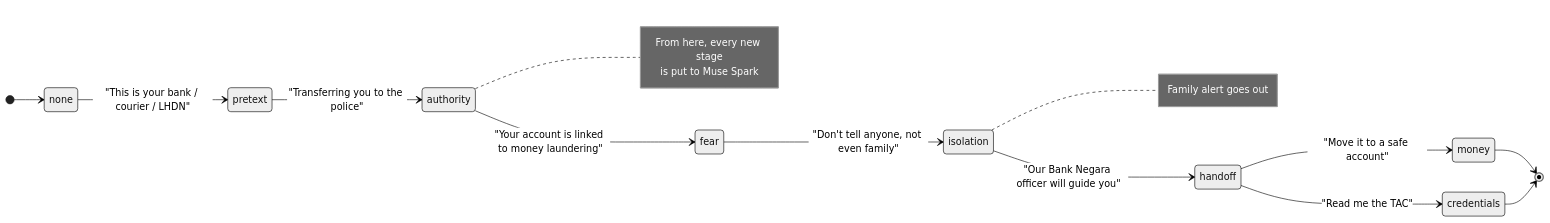
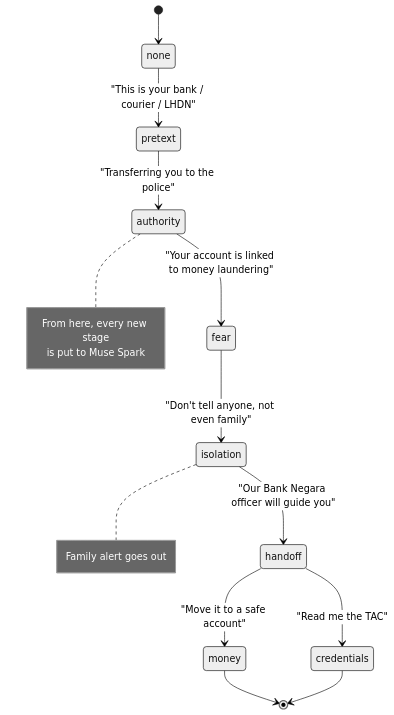
The third of 3 diagrams in README.md (qicai14/jaga), drawn with Mermaid (neutral theme) before and after one commit. The commit also changed other lines of this file, not shown here.

Commit message:
Lay README diagrams out top to bottom so they read at page width

````diff
--- a/README.md
+++ b/README.md
@@ -194,22 +194,22 @@
 ```mermaid
 stateDiagram-v2
-    direction LR
+    direction TB
     [*] --> none
     none --> pretext: "This is your bank / courier / LHDN"
     pretext --> authority: "Transferring you to the police"
     authority --> fear: "Your account is linked to money laundering"
     fear --> isolation: "Don't tell anyone, not even family"
     isolation --> handoff: "Our Bank Negara officer will guide you"
     handoff --> money: "Move it to a safe account"
     handoff --> credentials: "Read me the TAC"
     money --> [*]
     credentials --> [*]
 
     note right of authority
         From here, every new stage
         is put to Muse Spark
     end note
     note right of isolation
         Family alert goes out
     end note
 ```
````
